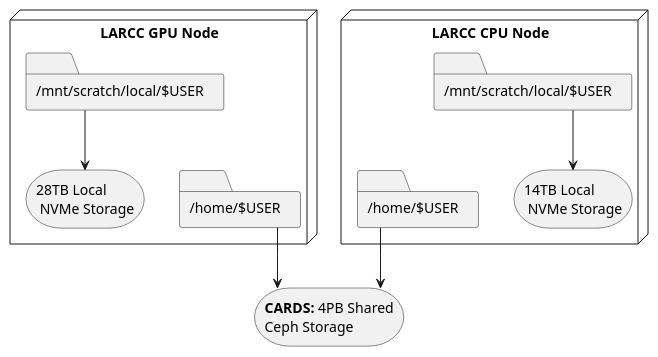
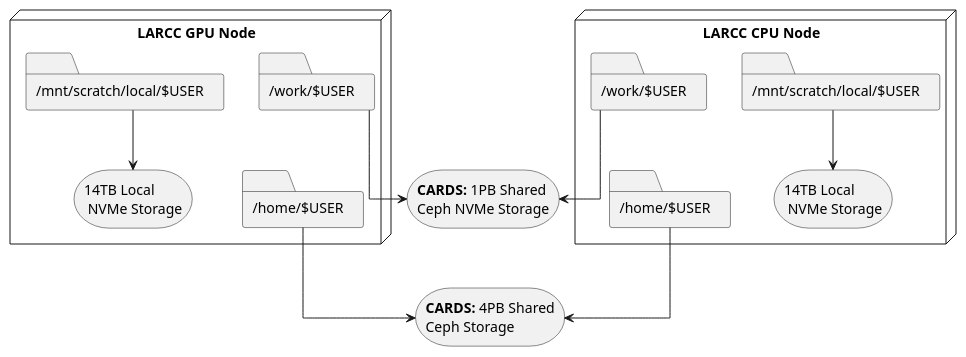
One commit to ularc/larcc changed the diagram in guides/storage/images/logical_storage_architecture.puml. Above: the diagram before and after it, drawn with PlantUML. The commit also changed 1 other file, not shown here.

Commit message:
add CARDS work directory

```diff
--- a/guides/storage/images/logical_storage_architecture.puml
+++ b/guides/storage/images/logical_storage_architecture.puml
@@ -1,29 +1,35 @@
 @startuml
 skinparam linetype polyline
 skinparam linetype ortho
 
 storage "<b>CARDS:</b> 4PB Shared\nCeph Storage" as cards
+storage "<b>CARDS:</b> 1PB Shared\nCeph NVMe Storage" as cards_nvme
 node "LARCC CPU Node" as cpu_node {
+  folder "/work/$USER" as cpu_work {
+  }
   folder "/home/$USER" as cpu_home {
   }
   folder "/mnt/scratch/local/$USER" as cpu_scratch_folder {
   }
   storage "14TB Local\n NVMe Storage" as cpu_scratch
 }
 
 node "LARCC GPU Node" as gpu_node {
+  folder "/work/$USER" as gpu_work {
+  }
   folder "/home/$USER" as gpu_home {
   }
   folder "/mnt/scratch/local/$USER" as gpu_scratch_folder {
   }
-  storage "28TB Local\n NVMe Storage" as gpu_scratch
+  storage "14TB Local\n NVMe Storage" as gpu_scratch
 }
+cpu_work -down-> cards_nvme
 cpu_home -down-> cards
 gpu_home -down-> cards
-
+gpu_work -down-> cards_nvme
 gpu_scratch_folder -down-> gpu_scratch
 cpu_scratch_folder -down-> cpu_scratch
 cpu_home -[hidden]right-> cpu_scratch
 gpu_home -[hidden]left-> gpu_scratch
 
 @enduml
```
